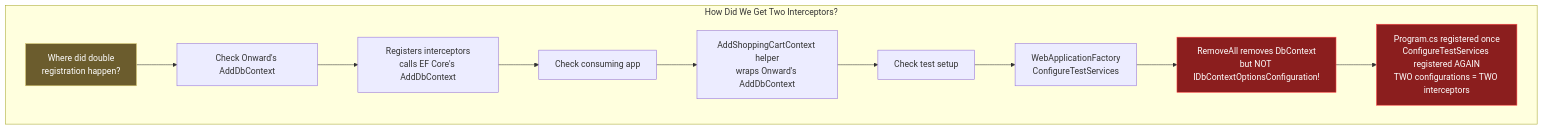
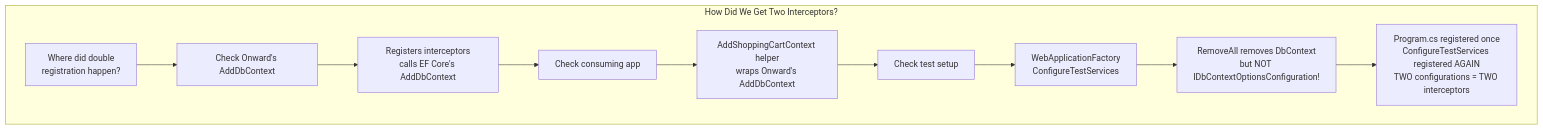
Before and after one commit to harveylx/portfolio-website: the fourth of 7 diagrams in astro-portfolio/src/data/blog/_2025/debugging-duplicate-event-processing.md, drawn with Mermaid. The commit also changed other lines of this file and 2 other files, not shown here.

Commit message:
Update theme handling for mermaid diagrams and clean up styles in blog post

````diff
--- a/astro-portfolio/src/data/blog/_2025/debugging-duplicate-event-processing.md
+++ b/astro-portfolio/src/data/blog/_2025/debugging-duplicate-event-processing.md
@@ -381,27 +371,23 @@
 ```mermaid
 graph TB
     subgraph "How Did We Get Two Interceptors?"
         Start[Where did double<br/>registration happen?]
         Check1[Check Onward's AddDbContext]
         Find1[Registers interceptors<br/>calls EF Core's AddDbContext]
         Check2[Check consuming app]
         Find2[AddShoppingCartContext helper<br/>wraps Onward's AddDbContext]
         Check3[Check test setup]
         Find3[WebApplicationFactory<br/>ConfigureTestServices]
         Problem[RemoveAll removes DbContext<br/>but NOT IDbContextOptionsConfiguration!]
         Root[Program.cs registered once<br/>ConfigureTestServices registered AGAIN<br/>TWO configurations = TWO interceptors]
 
         Start --> Check1
         Check1 --> Find1
         Find1 --> Check2
         Check2 --> Find2
         Find2 --> Check3
         Check3 --> Find3
         Find3 --> Problem
         Problem --> Root
-
-        style Start fill:#6B5C2D,stroke:#D4C46B,color:#FFF
-        style Problem fill:#8B1E1E,stroke:#FF4444,color:#FFF
-        style Root fill:#8B1E1E,stroke:#FF4444,color:#FFF
     end
 ```
````
